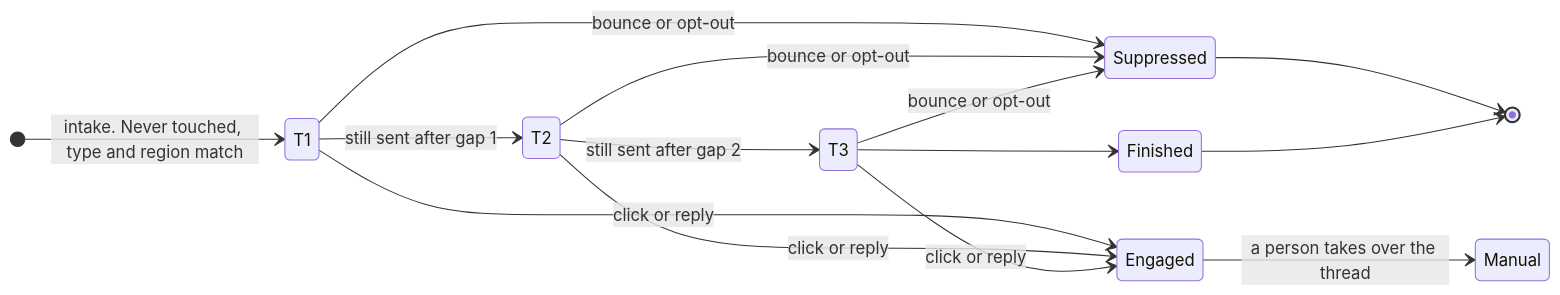
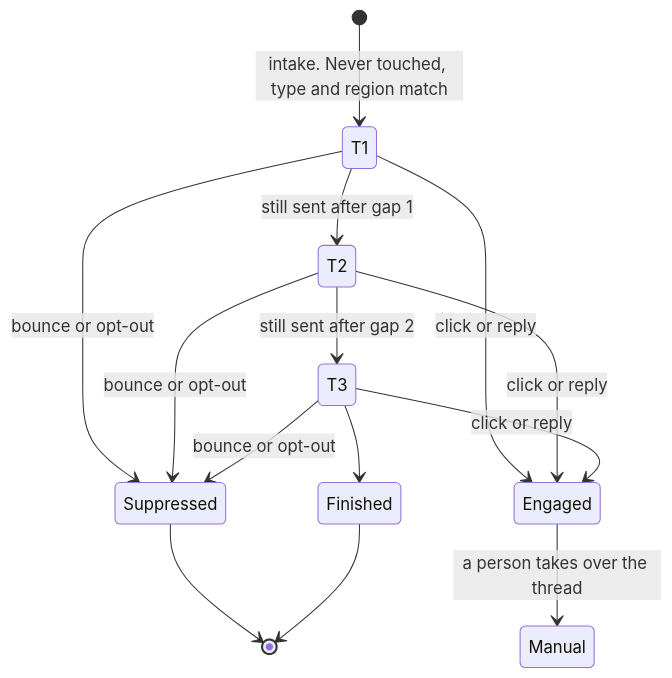
One commit to romanmagdalenko/crm-on-cloudflare changed the fifth of 7 diagrams in docs/outreach-engine.md. Above: the diagram before and after it, drawn with Mermaid. The commit also changed other lines of this file, not shown here.

First line of the commit message:
Diagrams: drop the percent sign that hung the renderer, stand the contact lifecycle upright

````diff
--- a/docs/outreach-engine.md
+++ b/docs/outreach-engine.md
@@ -270,17 +270,16 @@
 ```mermaid
 stateDiagram-v2
-  direction LR
   [*] --> T1: intake. Never touched, type and region match
   T1 --> T2: still sent after gap 1
   T2 --> T3: still sent after gap 2
   T3 --> Finished
   T1 --> Engaged: click or reply
   T2 --> Engaged: click or reply
   T3 --> Engaged: click or reply
   T1 --> Suppressed: bounce or opt-out
   T2 --> Suppressed: bounce or opt-out
   T3 --> Suppressed: bounce or opt-out
   Engaged --> Manual: a person takes over the thread
   Suppressed --> [*]
   Finished --> [*]
 ```
````
